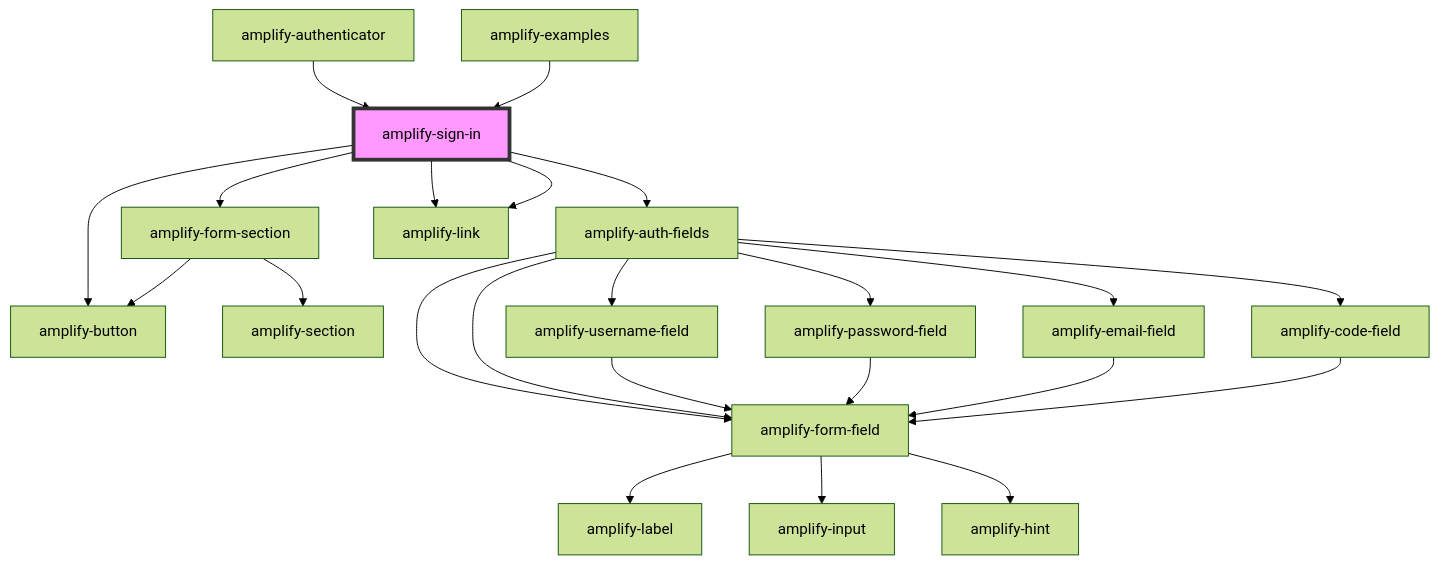
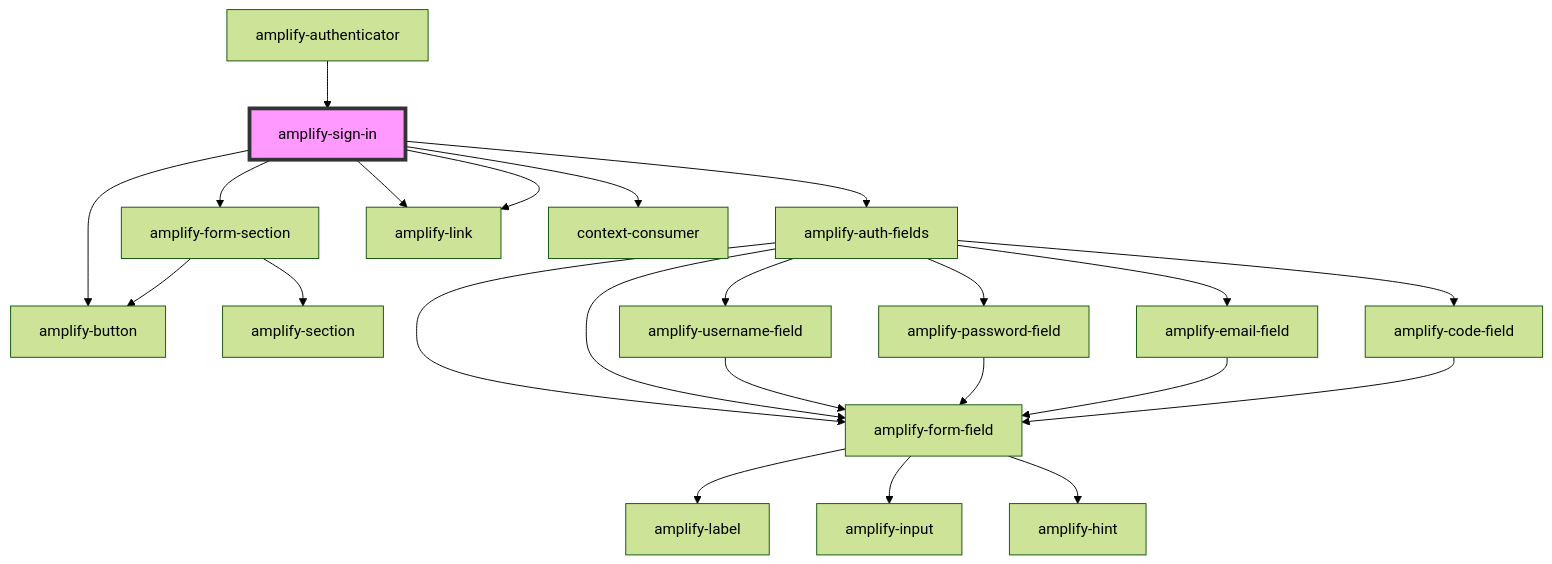
One commit to aws-amplify/amplify-js changed the diagram in packages/amplify-ui-components/src/components/amplify-sign-in/readme.md. Above: the diagram before and after it, drawn with Mermaid (forest theme). The commit also changed other lines of this file and 26 other files, not shown here.

````diff
--- a/packages/amplify-ui-components/src/components/amplify-sign-in/readme.md
+++ b/packages/amplify-ui-components/src/components/amplify-sign-in/readme.md
@@ -36,26 +36,26 @@
 ```mermaid
 graph TD;
   amplify-sign-in --> amplify-form-section
   amplify-sign-in --> amplify-auth-fields
   amplify-sign-in --> amplify-link
+  amplify-sign-in --> context-consumer
   amplify-sign-in --> amplify-link
   amplify-sign-in --> amplify-button
   amplify-form-section --> amplify-section
   amplify-form-section --> amplify-button
   amplify-auth-fields --> amplify-username-field
   amplify-auth-fields --> amplify-password-field
   amplify-auth-fields --> amplify-email-field
   amplify-auth-fields --> amplify-code-field
   amplify-auth-fields --> amplify-form-field
   amplify-auth-fields --> amplify-form-field
   amplify-username-field --> amplify-form-field
   amplify-form-field --> amplify-label
   amplify-form-field --> amplify-input
   amplify-form-field --> amplify-hint
   amplify-password-field --> amplify-form-field
   amplify-email-field --> amplify-form-field
   amplify-code-field --> amplify-form-field
   amplify-authenticator --> amplify-sign-in
-  amplify-examples --> amplify-sign-in
   style amplify-sign-in fill:#f9f,stroke:#333,stroke-width:4px
 ```
````
